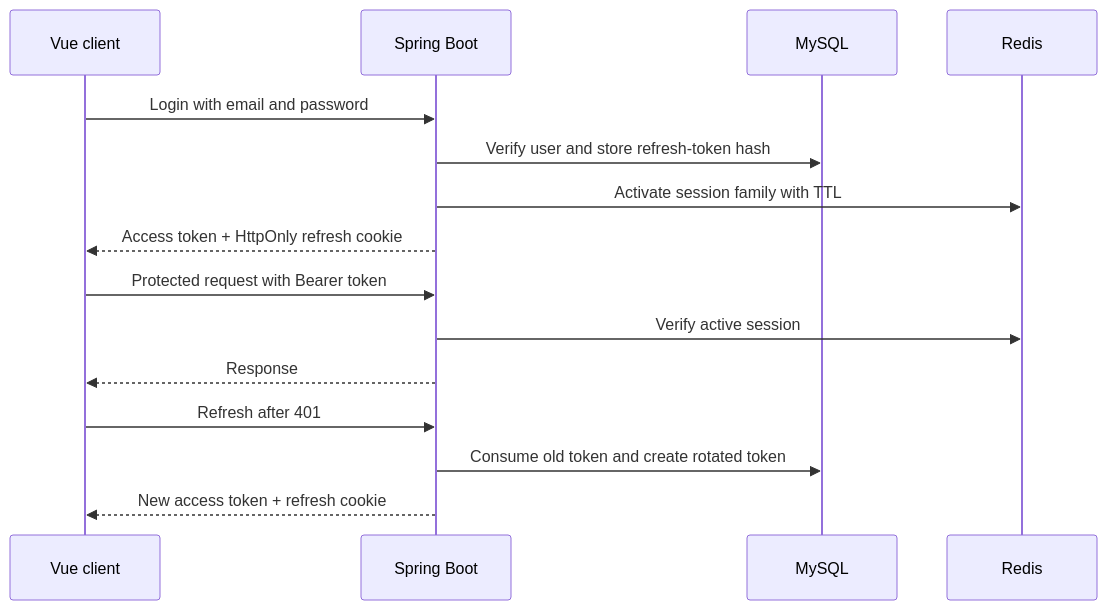
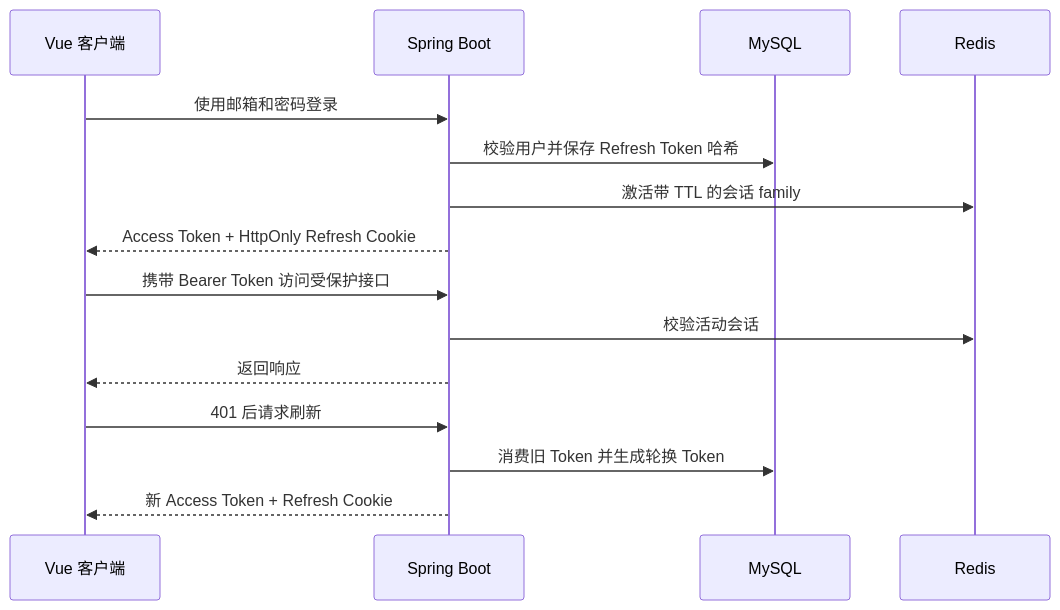
Before and after one commit to YUKANN518/KnowledgeOps: the second of 3 diagrams in README.md, drawn with Mermaid. The commit also changed other lines of this file and 31 other files, not shown here.

````diff
--- a/README.md
+++ b/README.md
@@ -82,17 +82,17 @@
 ```mermaid
 sequenceDiagram
-    participant UI as Vue client
+    participant UI as Vue 客户端
     participant API as Spring Boot
     participant DB as MySQL
     participant Redis
-    UI->>API: Login with email and password
-    API->>DB: Verify user and store refresh-token hash
-    API->>Redis: Activate session family with TTL
-    API-->>UI: Access token + HttpOnly refresh cookie
-    UI->>API: Protected request with Bearer token
-    API->>Redis: Verify active session
-    API-->>UI: Response
-    UI->>API: Refresh after 401
-    API->>DB: Consume old token and create rotated token
-    API-->>UI: New access token + refresh cookie
+    UI->>API: 使用邮箱和密码登录
+    API->>DB: 校验用户并保存 Refresh Token 哈希
+    API->>Redis: 激活带 TTL 的会话 family
+    API-->>UI: Access Token + HttpOnly Refresh Cookie
+    UI->>API: 携带 Bearer Token 访问受保护接口
+    API->>Redis: 校验活动会话
+    API-->>UI: 返回响应
+    UI->>API: 401 后请求刷新
+    API->>DB: 消费旧 Token 并生成轮换 Token
+    API-->>UI: 新 Access Token + Refresh Cookie
 ```
````
